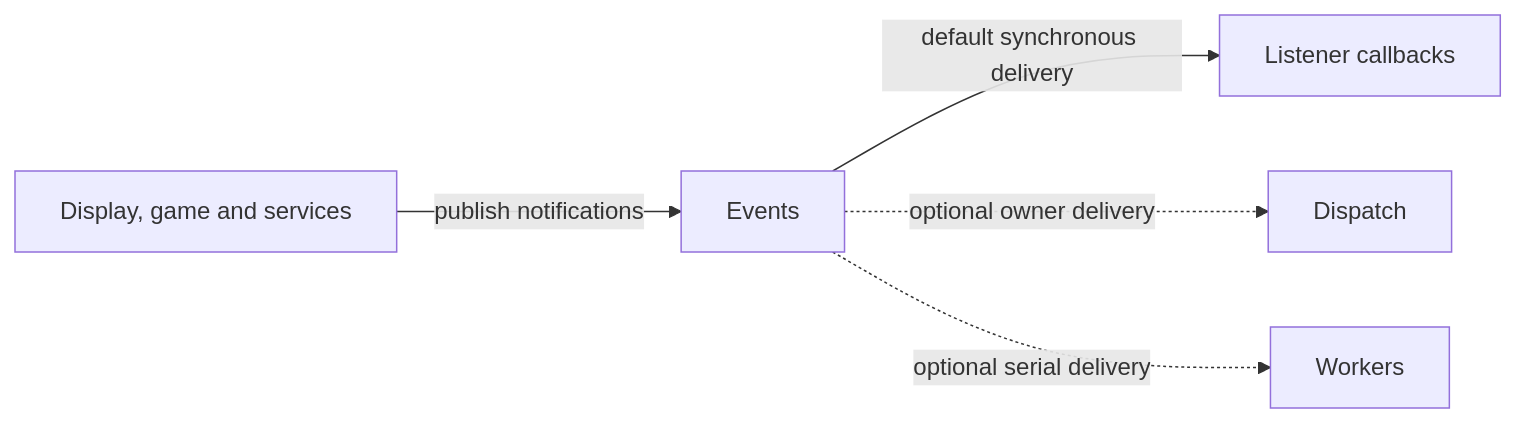
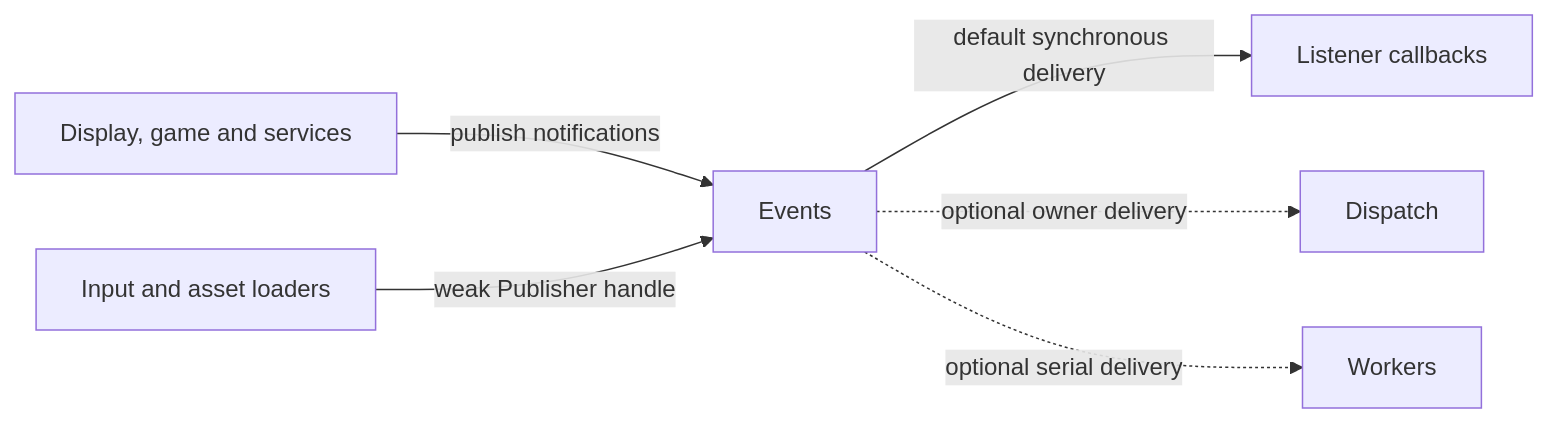
Before and after one commit to cppcooper/cheryl-engine: the diagram in docs/site/engine-systems/events.md, drawn with Mermaid. The commit also changed other lines of this file and 9 other files, not shown here.

First line of the commit message:
Documents publisher routing and engine observation events

````diff
--- a/docs/site/engine-systems/events.md
+++ b/docs/site/engine-systems/events.md
@@ -34,9 +35,10 @@
 ```mermaid
 flowchart LR
     accTitle: Events integration
-    accDescr: Publishers notify listeners through Events, synchronously by default or through optional owner or worker delivery.
+    accDescr: Producers publish directly or through a weak Publisher handle to the same event bus. Listener delivery is synchronous by default or uses optional owner or worker delivery.
     Publishers[Display, game and services] -->|publish notifications| Events
+    Services[Input and asset loaders] -->|weak Publisher handle| Events
     Events -->|default synchronous delivery| Listeners[Listener callbacks]
     Events -. optional owner delivery .-> Dispatch
     Events -. optional serial delivery .-> Workers
 ```
````
